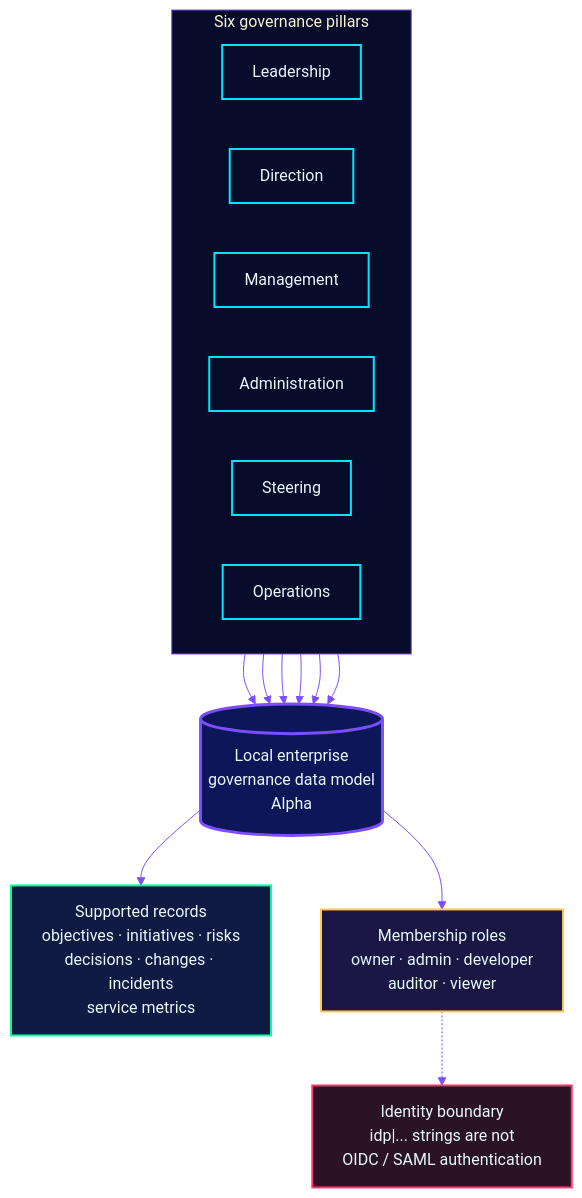
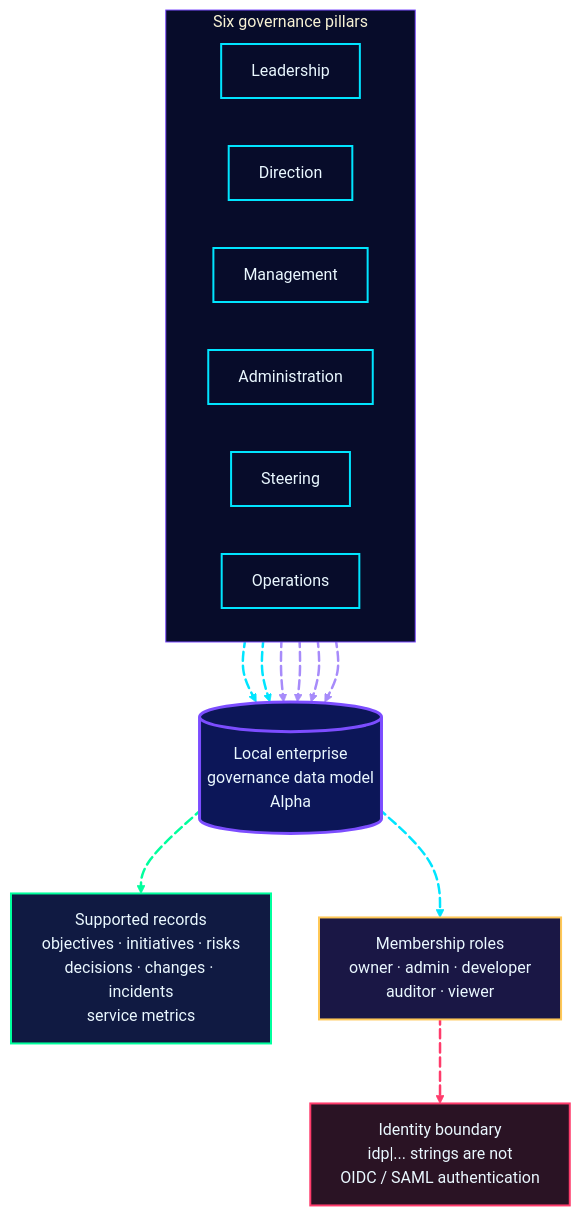
One commit to shajeduzzamanenan992008inc/OMEGA-GUARDIAN-X-Universal changed the third of 5 diagrams in README.md. Above: the diagram before and after it, drawn with Mermaid. The commit also changed other lines of this file and 2 other files, not shown here.

````diff
--- a/README.md
+++ b/README.md
@@ -439,36 +478,58 @@
 ```mermaid
-%%{init: {"theme": "base", "themeVariables": {"background": "#070C2A", "primaryColor": "#0C1658", "primaryTextColor": "#EAF8FF", "primaryBorderColor": "#00E5FF", "lineColor": "#7C4DFF", "secondaryColor": "#101A42", "tertiaryColor": "#070C2A", "clusterBkg": "#070C2A", "clusterBorder": "#7C4DFF", "edgeLabelBackground": "#101A42", "fontFamily": "Segoe UI, Arial, sans-serif"}}}%%
+%%{init: {"theme": "base", "themeVariables": {"background": "#070C2A", "primaryColor": "#0C1658", "primaryTextColor": "#EAF8FF", "primaryBorderColor": "#00E5FF", "lineColor": "#7C4DFF", "secondaryColor": "#101A42", "tertiaryColor": "#070C2A", "clusterBkg": "#070C2A", "clusterBorder": "#7C4DFF", "edgeLabelBackground": "#101A42", "fontFamily": "Segoe UI, Arial, sans-serif"},"flowchart":{"curve":"basis","htmlLabels":true,"nodeSpacing":48,"rankSpacing":60}}}%%
 flowchart TB
     subgraph PILLARS["Six governance pillars"]
         direction LR
         LEAD["Leadership"]
         DIR["Direction"]
         MGMT["Management"]
         ADMIN["Administration"]
         STEER["Steering"]
         OPS["Operations"]
     end
 
     MODEL[("Local enterprise<br/>governance data model<br/>Alpha")]
-    LEAD --> MODEL
-    DIR --> MODEL
-    MGMT --> MODEL
-    ADMIN --> MODEL
-    STEER --> MODEL
-    OPS --> MODEL
+    LEAD e01@--> MODEL
+    DIR e02@--> MODEL
+    MGMT e03@--> MODEL
+    ADMIN e04@--> MODEL
+    STEER e05@--> MODEL
+    OPS e06@--> MODEL
 
-    MODEL --> RECORDS["Supported records<br/>objectives · initiatives · risks<br/>decisions · changes · incidents<br/>service metrics"]
-    MODEL --> ROLES["Membership roles<br/>owner · admin · developer<br/>auditor · viewer"]
-    ROLES -.-> IDENTITY["Identity boundary<br/>idp|... strings are not<br/>OIDC / SAML authentication"]
+    MODEL e07@--> RECORDS["Supported records<br/>objectives · initiatives · risks<br/>decisions · changes · incidents<br/>service metrics"]
+    MODEL e08@--> ROLES["Membership roles<br/>owner · admin · developer<br/>auditor · viewer"]
+    ROLES e09@-.-> IDENTITY["Identity boundary<br/>idp|... strings are not<br/>OIDC / SAML authentication"]
 
     classDef pillar fill:#070C2A,stroke:#00E5FF,stroke-width:2px,color:#EAF8FF
     classDef model fill:#0C1658,stroke:#7C4DFF,stroke-width:3px,color:#EAF8FF
     classDef records fill:#101A42,stroke:#00FF9D,stroke-width:2px,color:#EAF8FF
     classDef roles fill:#1A1745,stroke:#FFC857,stroke-width:2px,color:#EAF8FF
     classDef boundary fill:#2A1324,stroke:#FF3B6B,stroke-width:2px,color:#EAF8FF
     class LEAD,DIR,MGMT,ADMIN,STEER,OPS pillar
     class MODEL model
     class RECORDS records
     class ROLES roles
     class IDENTITY boundary
+
+    classDef flowCyan stroke:#00E5FF,stroke-width:2.5px,stroke-dasharray:9\,5
+    classDef flowBlue stroke:#60A5FA,stroke-width:2.5px,stroke-dasharray:9\,5
+    classDef flowViolet stroke:#A78BFA,stroke-width:2.5px,stroke-dasharray:8\,5
+    classDef flowGreen stroke:#00FF9D,stroke-width:2.5px,stroke-dasharray:9\,5
+    classDef flowAmber stroke:#FFC857,stroke-width:2.5px,stroke-dasharray:8\,5
+    classDef flowRed stroke:#FF3B6B,stroke-width:2.5px,stroke-dasharray:7\,5
+
+    class e01,e02,e08 flowCyan
+    class e03,e04,e05,e06 flowViolet
+    class e07 flowGreen
+    class e09 flowRed
+
+    e01@{ animation: fast }
+    e02@{ animation: fast }
+    e03@{ animation: fast }
+    e04@{ animation: fast }
+    e05@{ animation: fast }
+    e06@{ animation: fast }
+    e07@{ animation: fast }
+    e08@{ animation: fast }
+    e09@{ animation: slow }
 ```
````
